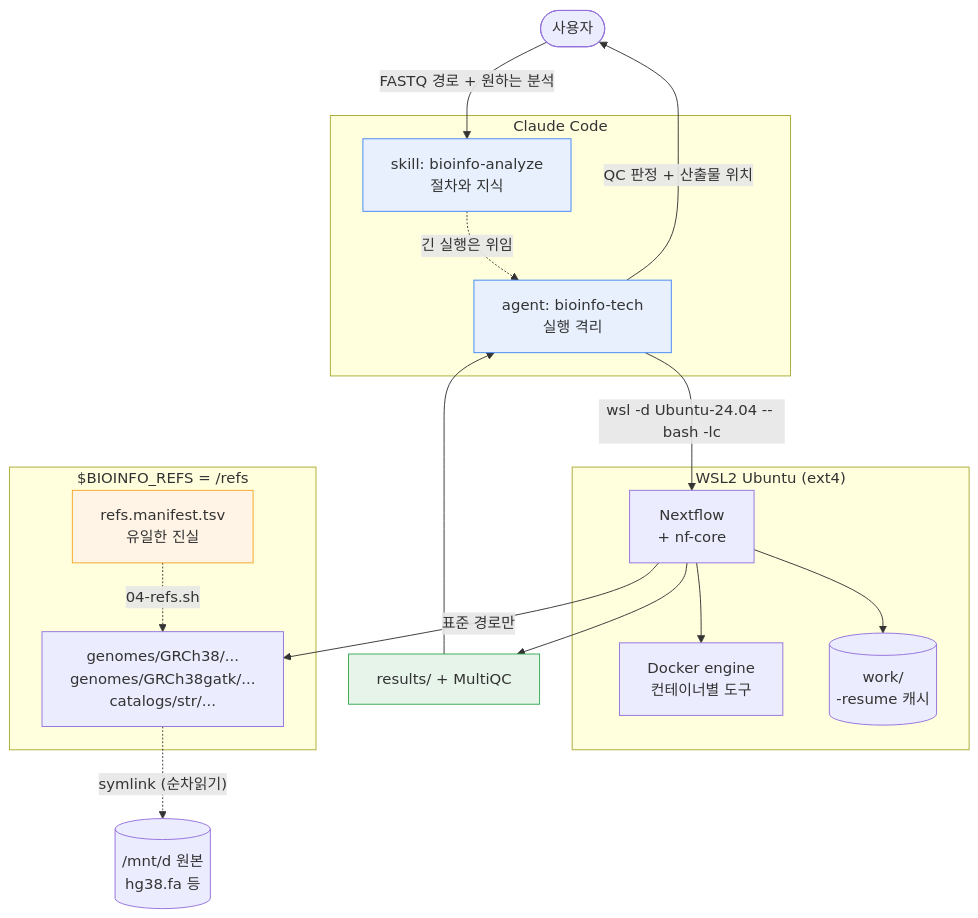
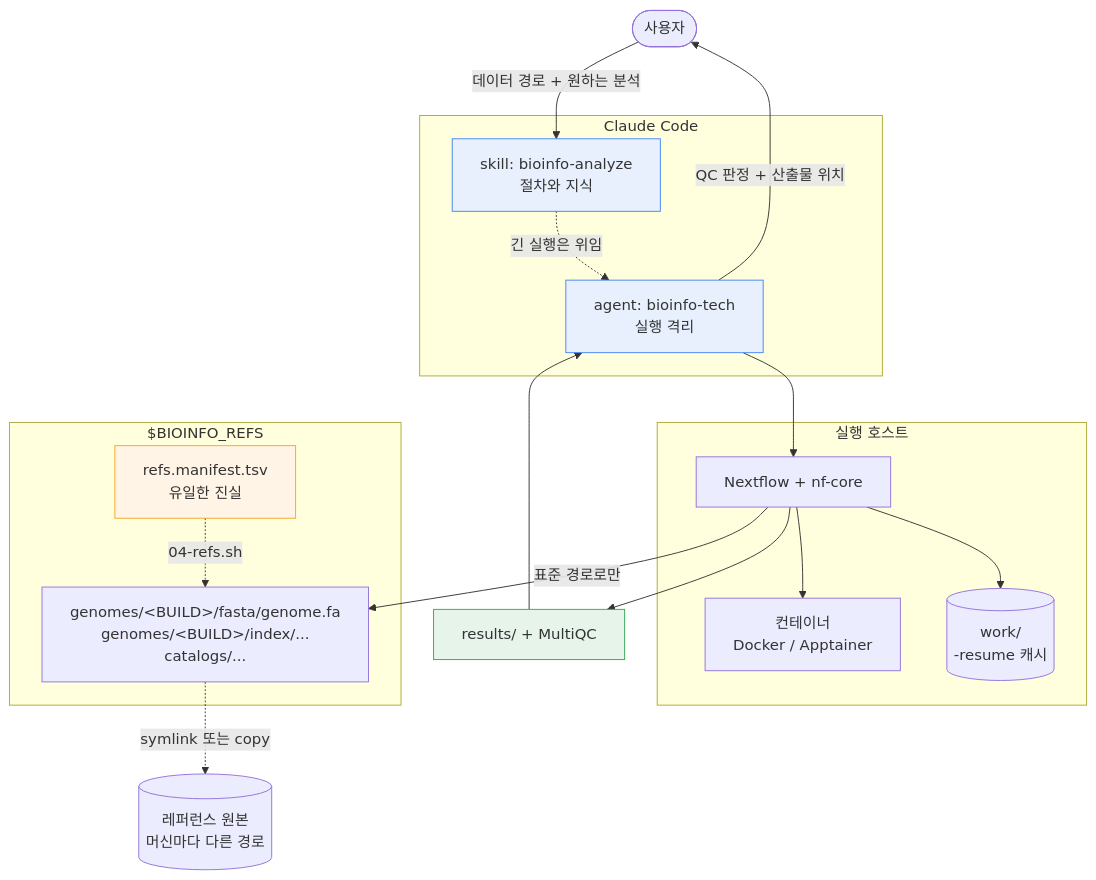
One commit to ehojune/bioinfo-agent changed the diagram in README.md. Above: the diagram before and after it, drawn with Mermaid. The commit also changed other lines of this file and 5 other files, not shown here.

````diff
--- a/README.md
+++ b/README.md
@@ -331,37 +193,37 @@
 ```mermaid
 flowchart TB
-    U([사용자]) -->|"FASTQ 경로 + 원하는 분석"| S
+    U([사용자]) -->|"데이터 경로 + 원하는 분석"| S
 
     subgraph CC["Claude Code"]
         S["skill: bioinfo-analyze<br/>절차와 지식"]
         A["agent: bioinfo-tech<br/>실행 격리"]
         S -.->|긴 실행은 위임| A
     end
 
-    A -->|"wsl -d Ubuntu-24.04 -- bash -lc"| N
+    A --> N
 
-    subgraph WSL["WSL2 Ubuntu (ext4)"]
-        N["Nextflow<br/>+ nf-core"]
-        D["Docker engine<br/>컨테이너별 도구"]
+    subgraph HOST["실행 호스트"]
+        N["Nextflow + nf-core"]
+        D["컨테이너<br/>Docker / Apptainer"]
         W[("work/<br/>-resume 캐시")]
         N --> D
         N --> W
     end
 
-    N -->|표준 경로만| R
-    subgraph REFS["$BIOINFO_REFS = /refs"]
-        R["genomes/GRCh38/...<br/>genomes/GRCh38gatk/...<br/>catalogs/str/..."]
+    N -->|표준 경로로만| R
+    subgraph REFS["$BIOINFO_REFS"]
+        R["genomes/&lt;BUILD&gt;/fasta/genome.fa<br/>genomes/&lt;BUILD&gt;/index/...<br/>catalogs/..."]
         M["refs.manifest.tsv<br/>유일한 진실"] -.->|04-refs.sh| R
     end
 
-    R -.->|"symlink (순차읽기)"| O[("/mnt/d 원본<br/>hg38.fa 등")]
+    R -.->|symlink 또는 copy| O[("레퍼런스 원본<br/>머신마다 다른 경로")]
 
     N --> OUT["results/ + MultiQC"]
     OUT --> A
     A -->|"QC 판정 + 산출물 위치"| U
 
     style S fill:#e8f0fe,stroke:#4285f4
     style A fill:#e8f0fe,stroke:#4285f4
     style M fill:#fff4e5,stroke:#f5a623
     style OUT fill:#e6f4ea,stroke:#34a853
 ```
````
